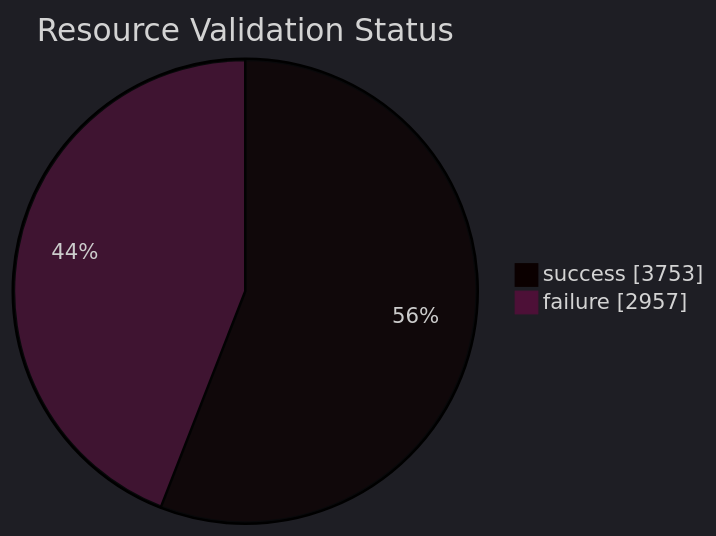
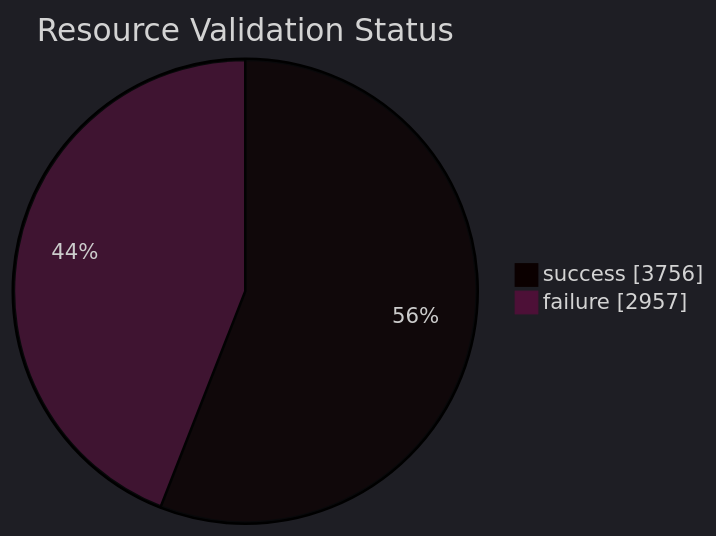
Before and after one commit to open-data/analytics-corporate-reporting: the diagram in datastore_tracker/resource_validation_status_pie_chart.md, drawn with Mermaid. The commit also changed 9 other files, not shown here.

````diff
--- a/datastore_tracker/resource_validation_status_pie_chart.md
+++ b/datastore_tracker/resource_validation_status_pie_chart.md
@@ -2,9 +2,9 @@
 ```mermaid
 ---
 config:
   theme: dark
 ---
 pie showData title Resource Validation Status
-    "success": 3753
+    "success": 3756
     "failure": 2957
 ```
````
